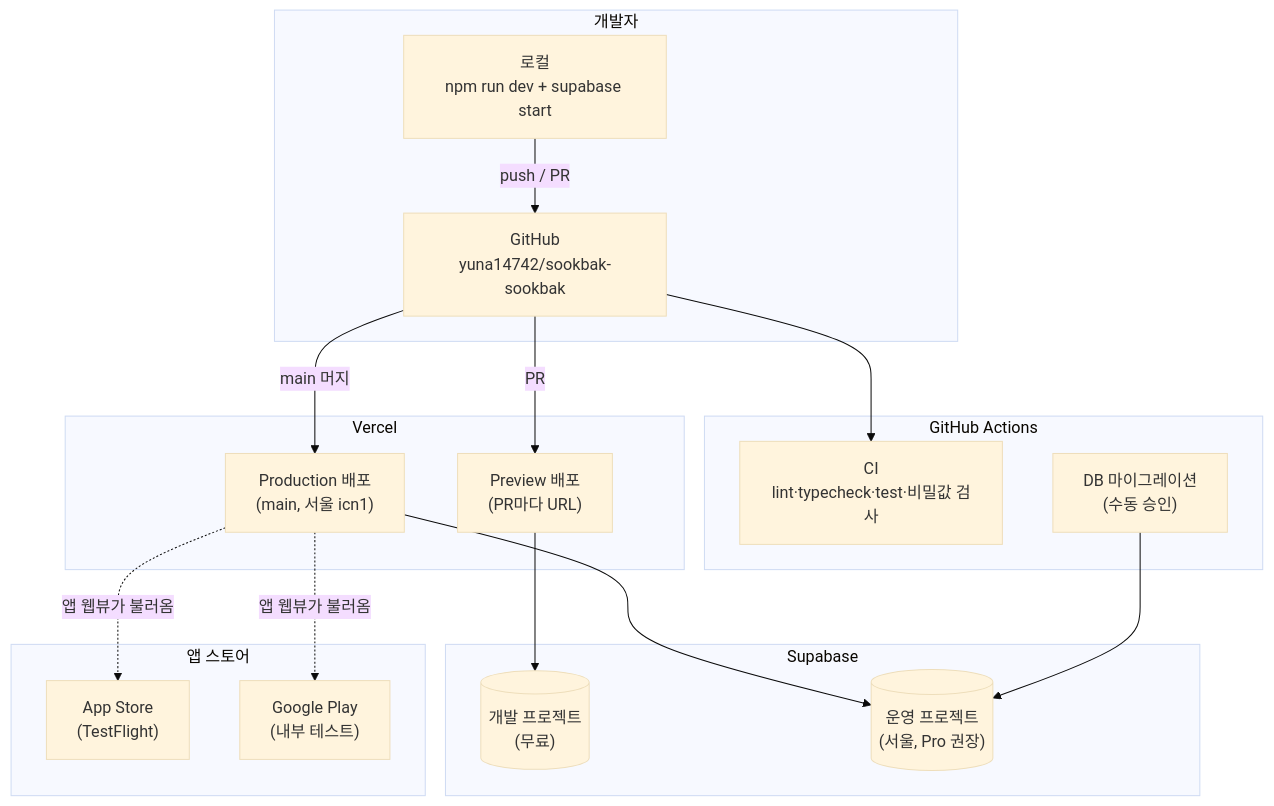
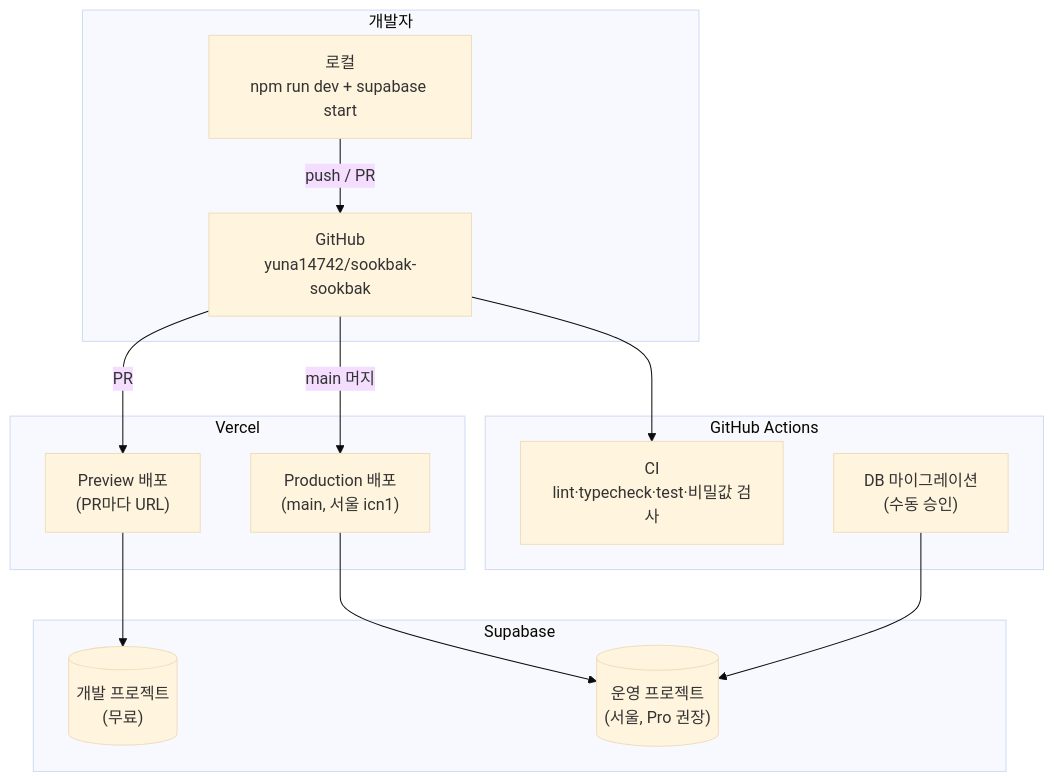
Before and after one commit to yuna14742/sookbak-sookbak: the fourth of 6 diagrams in waterfall/02-시스템설계/시스템아키텍처설계서-SAD.md, drawn with Mermaid (base theme). The commit also changed other lines of this file and 2 other files, not shown here.

````diff
--- a/waterfall/02-시스템설계/시스템아키텍처설계서-SAD.md
+++ b/waterfall/02-시스템설계/시스템아키텍처설계서-SAD.md
@@ -427,37 +426,30 @@
 ```mermaid
 graph TB
     subgraph "개발자"
         DEV["로컬<br/>npm run dev + supabase start"]
         GH["GitHub<br/>yuna14742/sookbak-sookbak"]
     end
 
     subgraph "GitHub Actions"
         CI["CI<br/>lint·typecheck·test·비밀값 검사"]
         MIG["DB 마이그레이션<br/>(수동 승인)"]
     end
 
     subgraph "Vercel"
         PREV["Preview 배포<br/>(PR마다 URL)"]
         PROD["Production 배포<br/>(main, 서울 icn1)"]
     end
 
     subgraph "Supabase"
         SBDEV[("개발 프로젝트<br/>(무료)")]
         SBPROD[("운영 프로젝트<br/>(서울, Pro 권장)")]
     end
 
-    subgraph "앱 스토어"
-        IOS["App Store<br/>(TestFlight)"]
-        AND["Google Play<br/>(내부 테스트)"]
-    end
-
     DEV -->|push / PR| GH
     GH --> CI
     GH -->|PR| PREV
     GH -->|main 머지| PROD
     PREV --> SBDEV
     PROD --> SBPROD
     MIG --> SBPROD
-    PROD -.->|앱 웹뷰가 불러옴| IOS
-    PROD -.->|앱 웹뷰가 불러옴| AND
 ```
````
